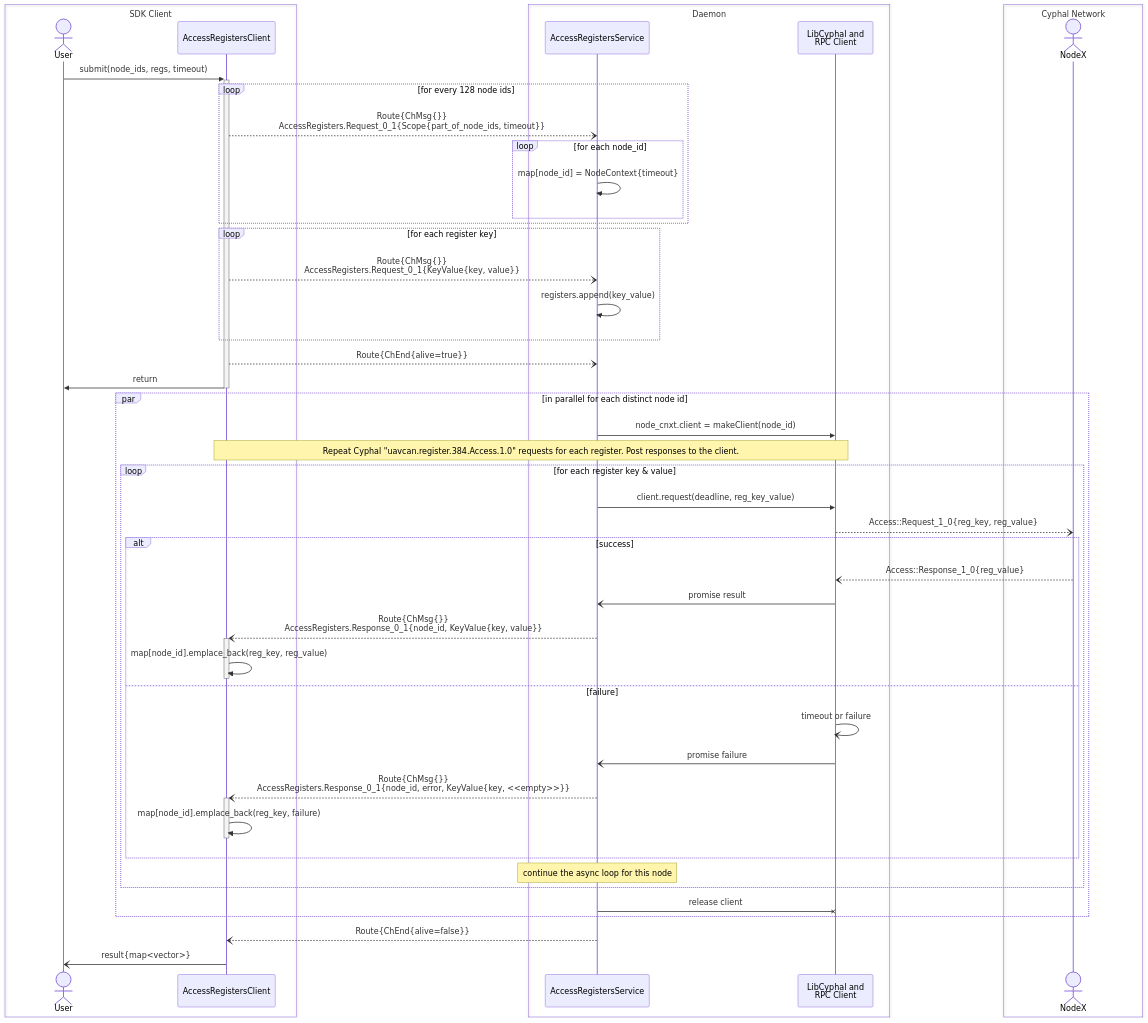
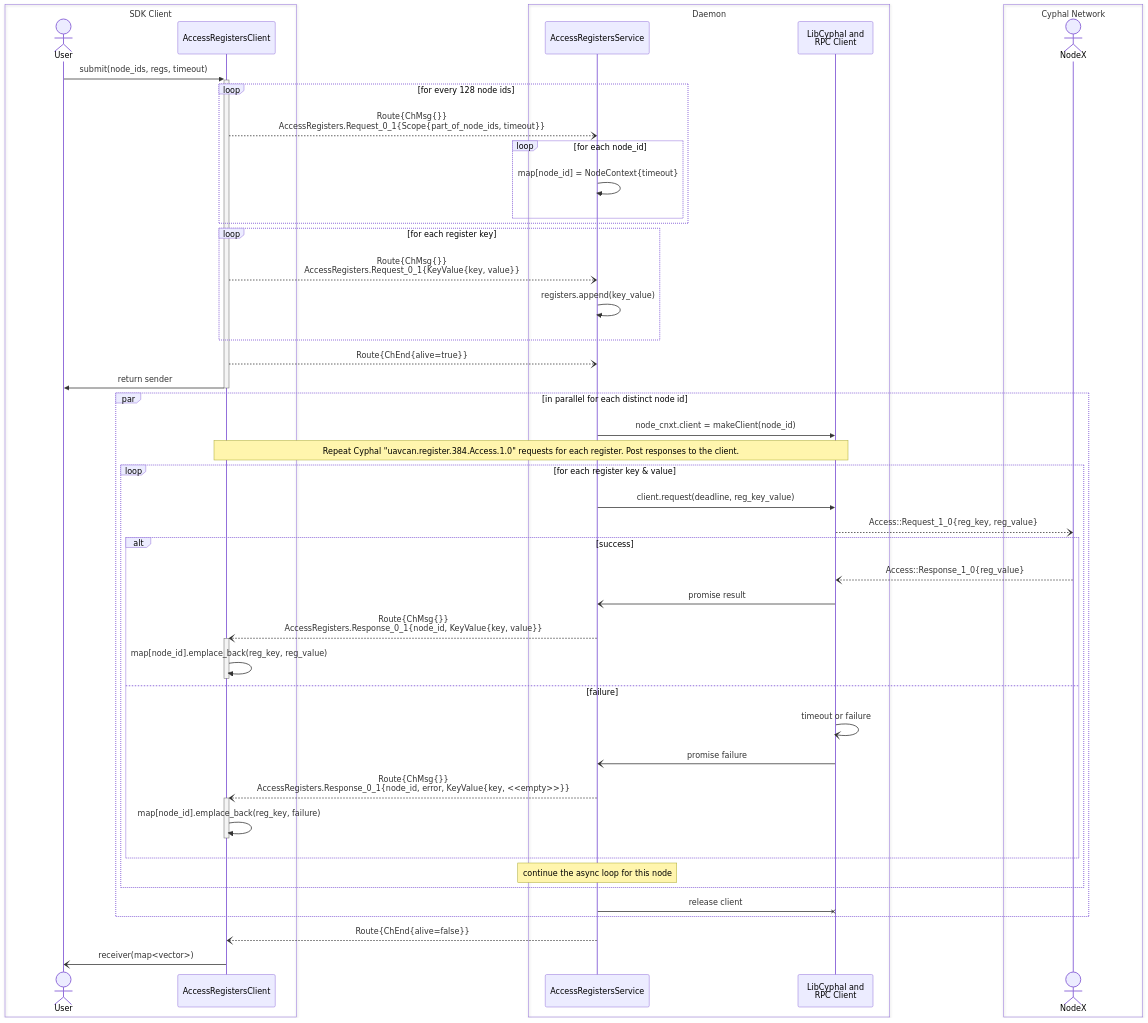
Before and after one commit to OpenCyphal-Garage/ocvsmd: the third of 5 diagrams in docs/svc_design.md, drawn with Mermaid. The commit also changed other lines of this file, not shown here.

````diff
--- a/docs/svc_design.md
+++ b/docs/svc_design.md
@@ -199,59 +199,59 @@
 ```mermaid
 sequenceDiagram
     actor User
     participant AccessRegistersClient
     participant AccessRegistersService
     participant LibCyphal as LibCyphal and<br/>RPC Client
     actor NodeX
     
     User ->>+ AccessRegistersClient: submit(node_ids, regs, timeout)
     loop for every 128 node ids
         AccessRegistersClient --) AccessRegistersService: Route{ChMsg{}}<br/>AccessRegisters.Request_0_1{Scope{part_of_node_ids, timeout}}
         loop for each node_id
             AccessRegistersService ->> AccessRegistersService: map[node_id] = NodeContext{timeout}
         end
     end
     loop for each register key
         AccessRegistersClient --) AccessRegistersService: Route{ChMsg{}}<br/>AccessRegisters.Request_0_1{KeyValue{key, value}}
         AccessRegistersService ->> AccessRegistersService: registers.append(key_value)
     end
     AccessRegistersClient --) AccessRegistersService: Route{ChEnd{alive=true}}
-    AccessRegistersClient ->>- User : return
+    AccessRegistersClient ->>- User : return sender
     
     par in parallel for each distinct node id
         AccessRegistersService ->> LibCyphal: node_cnxt.client = makeClient(node_id)
         Note over AccessRegistersClient, LibCyphal: Repeat Cyphal "uavcan.register.384.Access.1.0" requests for each register. Post responses to the client.
         loop for each register key & value
             AccessRegistersService ->> LibCyphal: client.request(deadline, reg_key_value)
             LibCyphal --) NodeX: Access::Request_1_0{reg_key, reg_value}
             alt success
                 NodeX --) LibCyphal: Access::Response_1_0{reg_value}
                 LibCyphal -) AccessRegistersService: promise result
                 AccessRegistersService --)+ AccessRegistersClient: Route{ChMsg{}}<br/>AccessRegisters.Response_0_1{node_id, KeyValue{key, value}}
                 AccessRegistersClient ->>- AccessRegistersClient: map[node_id].emplace_back(reg_key, reg_value)
             else failure
                 LibCyphal -) LibCyphal: timeout or failure
                 LibCyphal -) AccessRegistersService: promise failure
                 AccessRegistersService --)+ AccessRegistersClient: Route{ChMsg{}}<br/>AccessRegisters.Response_0_1{node_id, error, KeyValue{key, <<empty>>}}
                 AccessRegistersClient ->>- AccessRegistersClient: map[node_id].emplace_back(reg_key, failure)
             end
             Note over AccessRegistersService: continue the async loop for this node
         end
         AccessRegistersService -x LibCyphal: release client
     end
     
     AccessRegistersService --) AccessRegistersClient: Route{ChEnd{alive=false}}
-    AccessRegistersClient -) User: result{map<vector>}
+    AccessRegistersClient -) User: receiver(map<vector>)
 
     box SDK Client
         actor User
         participant AccessRegistersClient
     end
     box Daemon
         participant AccessRegistersService
         participant LibCyphal
     end
     box Cyphal Network
         actor NodeX
     end
 ```
````
